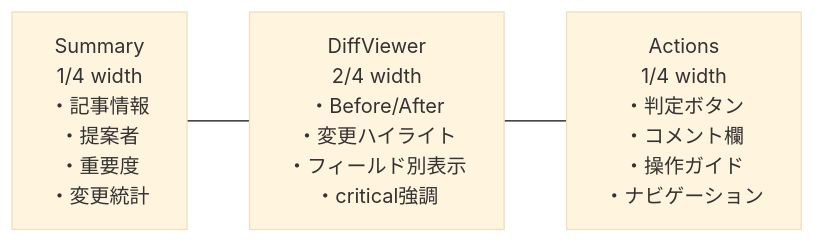
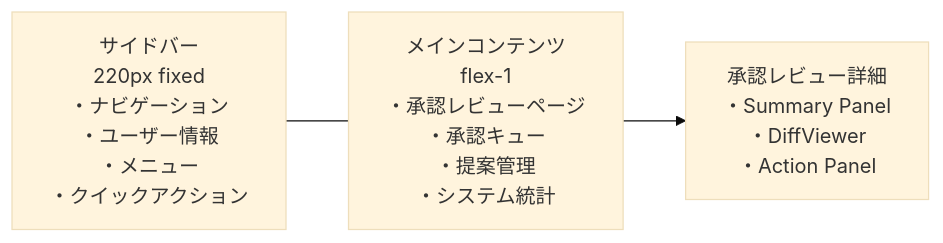
One commit to ekrsw/knowledge_app changed the fifth of 15 diagrams in frontend/docs/architecture.md. Above: the diagram before and after it, drawn with Mermaid (base theme). The commit also changed other lines of this file, not shown here.

````diff
--- a/frontend/docs/architecture.md
+++ b/frontend/docs/architecture.md
@@ -66,4 +92,6 @@
 ```mermaid
 flowchart LR
-    A[Summary<br/>1/4 width<br/>・記事情報<br/>・提案者<br/>・重要度<br/>・変更統計] --- B[DiffViewer<br/>2/4 width<br/>・Before/After<br/>・変更ハイライト<br/>・フィールド別表示<br/>・critical強調] --- C[Actions<br/>1/4 width<br/>・判定ボタン<br/>・コメント欄<br/>・操作ガイド<br/>・ナビゲーション]
+    A[サイドバー<br/>220px fixed<br/>・ナビゲーション<br/>・ユーザー情報<br/>・メニュー<br/>・クイックアクション] --- B[メインコンテンツ<br/>flex-1<br/>・承認レビューページ<br/>・承認キュー<br/>・提案管理<br/>・システム統計]
+
+    B --> C[承認レビュー詳細<br/>・Summary Panel<br/>・DiffViewer<br/>・Action Panel]
 ```
````
